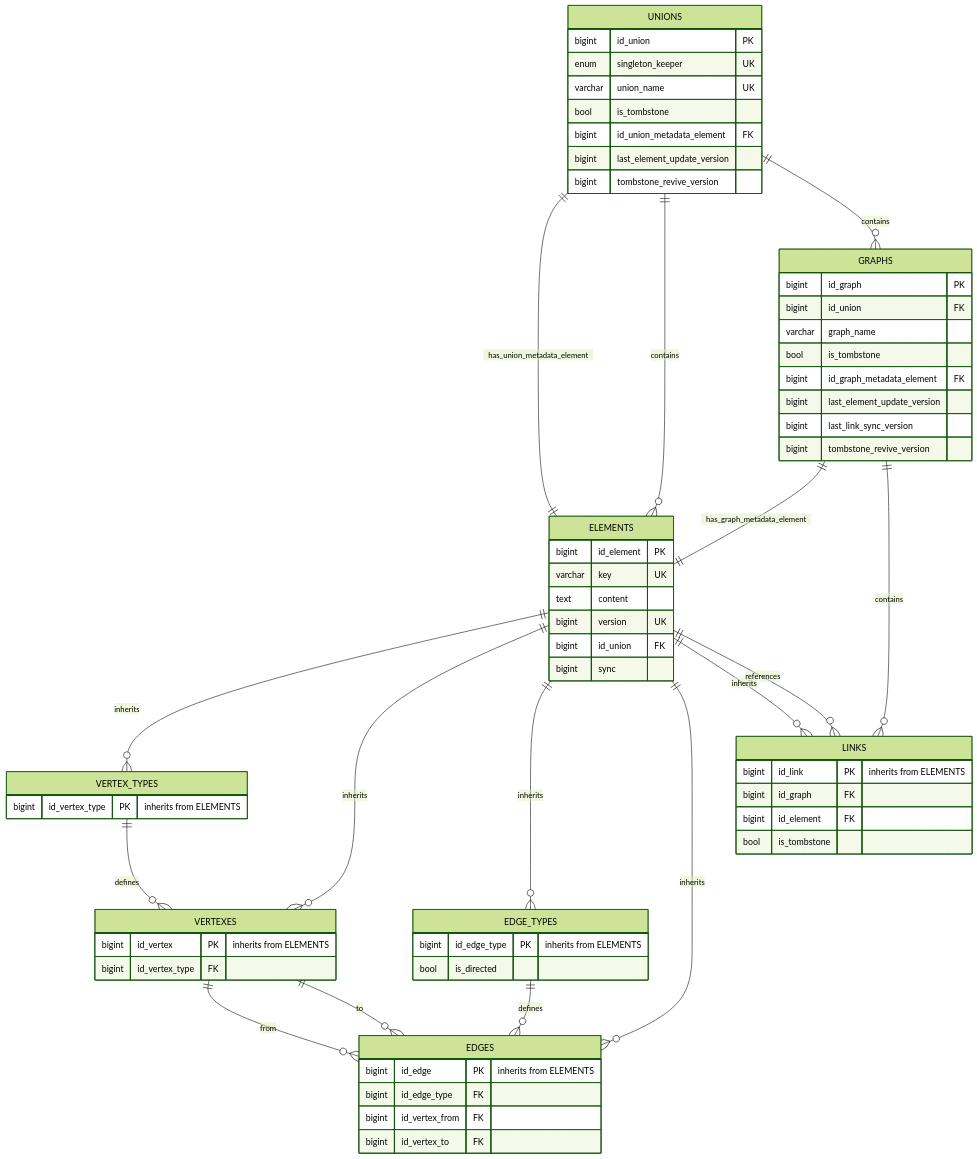
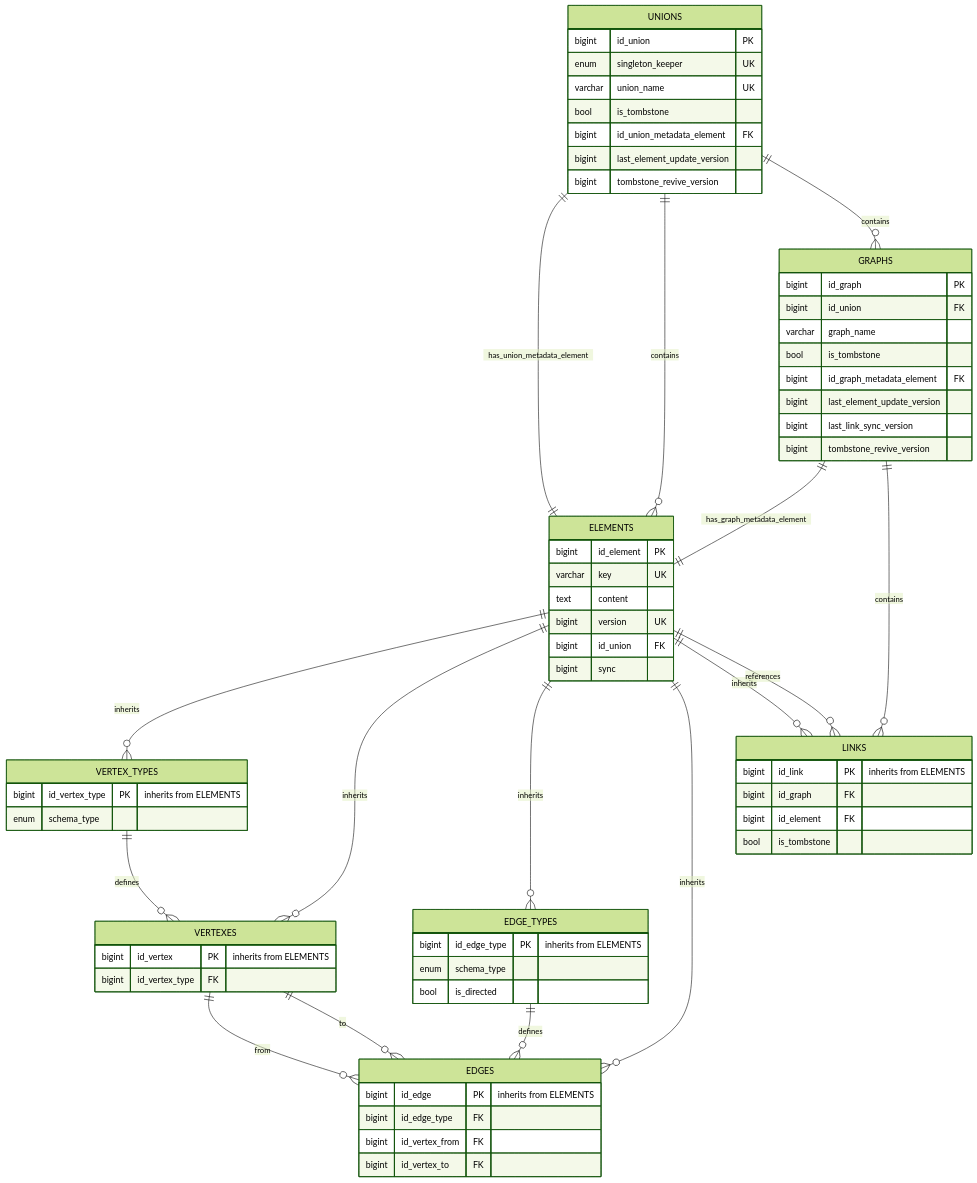
One commit to flower-org/ViUn changed the diagram in ViUn source DB.md. Above: the diagram before and after it, drawn with Mermaid (forest theme).

Commit message:
Update ViUn source DB.md

````diff
--- a/ViUn source DB.md
+++ b/ViUn source DB.md
@@ -8,75 +8,77 @@
 ```mermaid
 erDiagram
     UNIONS ||--|| ELEMENTS : "has_union_metadata_element"
     UNIONS ||--o{ ELEMENTS : contains
     UNIONS ||--o{ GRAPHS : contains
     UNIONS {
         bigint id_union PK
         enum singleton_keeper UK
         varchar union_name UK
         bool is_tombstone
         bigint id_union_metadata_element FK
         bigint last_element_update_version
         bigint tombstone_revive_version
     }
 
     ELEMENTS ||--o{ VERTEX_TYPES : "inherits"
     ELEMENTS ||--o{ VERTEXES : "inherits"
     ELEMENTS ||--o{ EDGE_TYPES : "inherits"
     ELEMENTS ||--o{ EDGES : "inherits"
     ELEMENTS ||--o{ LINKS : "inherits"
     ELEMENTS ||--o{ LINKS : references
     ELEMENTS {
         bigint id_element PK
         varchar key UK
         text content
         bigint version UK
         bigint id_union FK
         bigint sync
     }
 
     VERTEX_TYPES ||--o{ VERTEXES : "defines"
     VERTEX_TYPES {
         bigint id_vertex_type PK "inherits from ELEMENTS"
+        enum schema_type
     }
 
     VERTEXES ||--o{ EDGES : "from"
     VERTEXES ||--o{ EDGES : "to"
     VERTEXES {
         bigint id_vertex PK "inherits from ELEMENTS"
         bigint id_vertex_type FK
     }
 
     EDGE_TYPES {
         bigint id_edge_type PK "inherits from ELEMENTS"
+        enum schema_type
         bool is_directed
     }
 
     EDGE_TYPES ||--o{ EDGES : "defines"
     EDGES {
         bigint id_edge PK "inherits from ELEMENTS"
         bigint id_edge_type FK
         bigint id_vertex_from FK
         bigint id_vertex_to FK
     }
 
     GRAPHS ||--|| ELEMENTS : "has_graph_metadata_element"
     GRAPHS ||--o{ LINKS : contains
     GRAPHS {
         bigint id_graph PK
         bigint id_union FK
         varchar graph_name
         bool is_tombstone
         bigint id_graph_metadata_element FK
         bigint last_element_update_version
         bigint last_link_sync_version
         bigint tombstone_revive_version
     }
 
     LINKS {
         bigint id_link PK "inherits from ELEMENTS"
         bigint id_graph FK
         bigint id_element FK
         bool is_tombstone
     }
 ```
````
